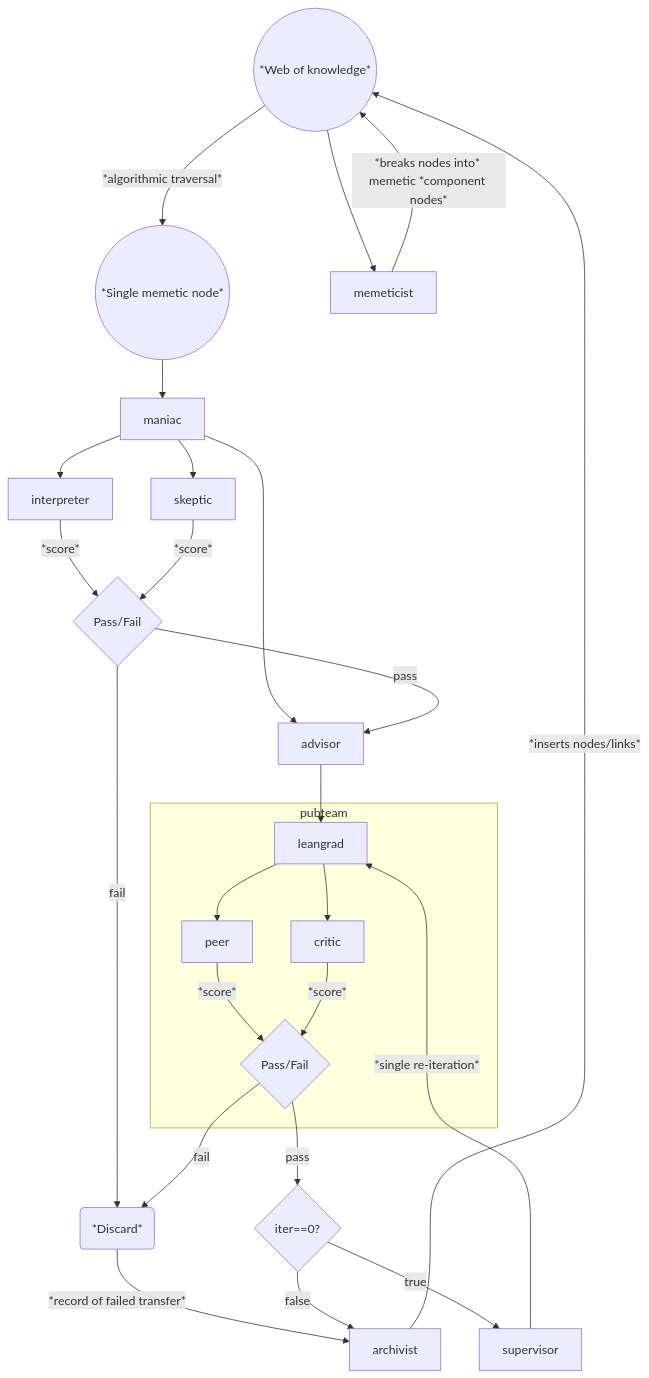
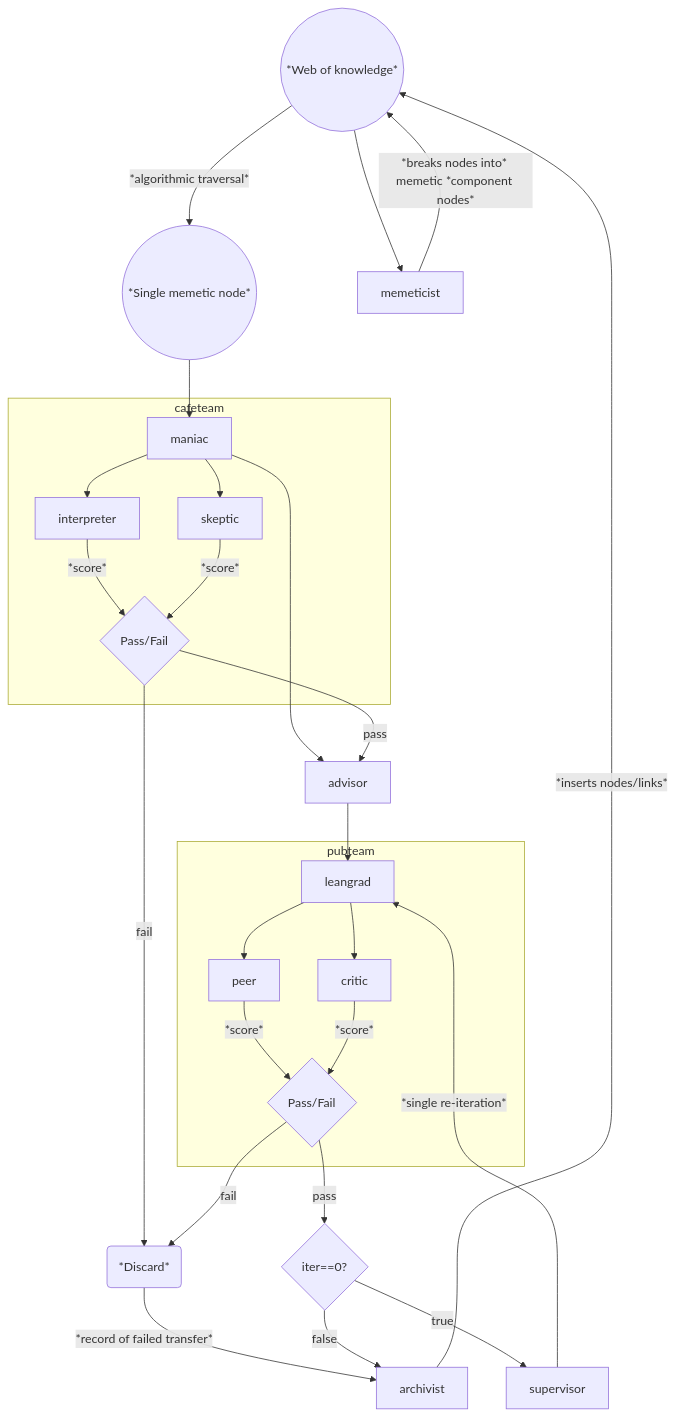
Before and after one commit to PatLT/askda-phys: the diagram in PLAN.md, drawn with Mermaid. The commit also changed other lines of this file and 12 other files, not shown here.

Commit message:
Restructured another subteam from the maniac, interpeter, skeptic agents. Added simple feedback loops into this new subteam (cafeteam) and pubteam.

````diff
--- a/PLAN.md
+++ b/PLAN.md
@@ -34,35 +26,37 @@
 ```mermaid
 graph TD
 	in((*Web of knowledge*))
 	nd((*Single memetic node*))
 	A[memeticist]
-	B[maniac]
-	C[interpreter]
-	D[skeptic]
-	dc1{Pass/Fail}
+	subgraph cafeteam
+		B[maniac]
+		C[interpreter]
+		D[skeptic]
+		dc1{Pass/Fail}
+	end
 	bin(*Discard*)
 	E[advisor]
 	subgraph pubteam
 		F[leangrad]
 		G[peer]
 		H[critic]
 		dc2{Pass/Fail}
 	end
 	dc3{iter==0?}
 	I[supervisor]
 	J[archivist]
 	in --> A -->|*breaks nodes into* memetic *component nodes*| in
 	in -->|*algorithmic traversal*| nd --> B --> C -->|*score*| dc1
 	B --> D -->|*score*| dc1
 	B --> E
 	dc1 -->|fail| bin
 	bin -->|*record of failed transfer*| J
 	dc1 -->|pass| E --> F --> G -->|*score*| dc2
 	F --> H -->|*score*| dc2 
 	dc2 -->|pass| dc3
 	dc2 -->|fail| bin
 	I -->|*single re-iteration*| F
 	dc3 -->|true| I
 	dc3 -->|false| J
 	J -->|*inserts nodes/links*| in
 ```
````
